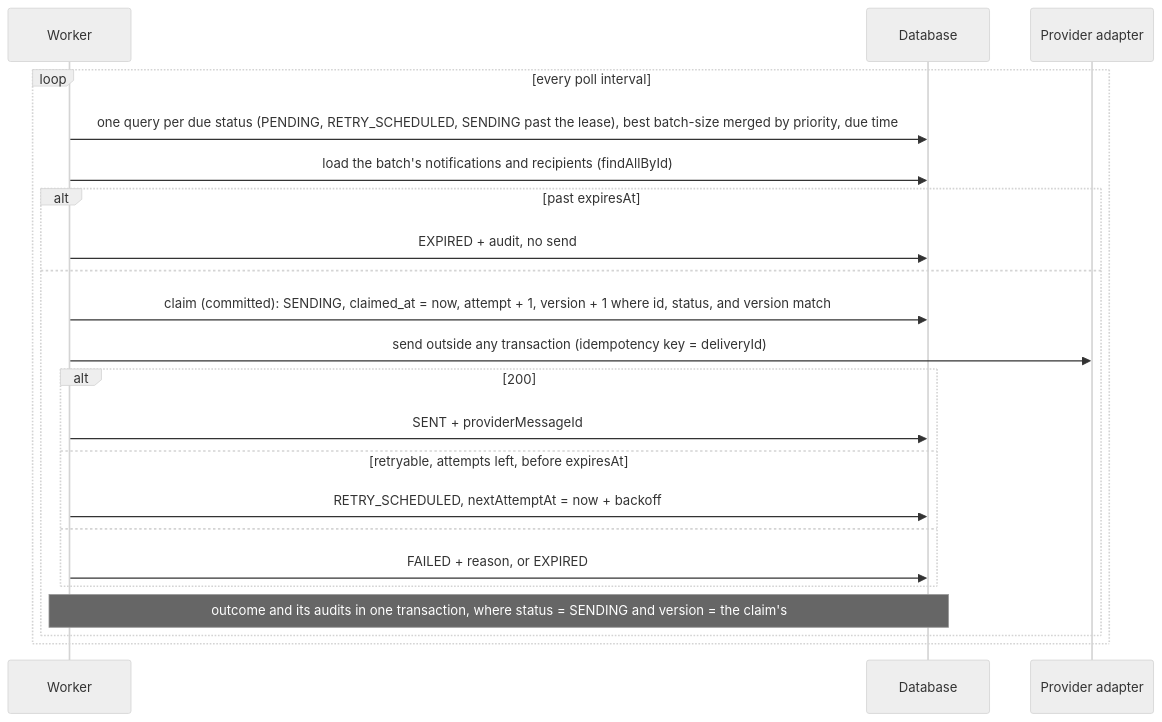
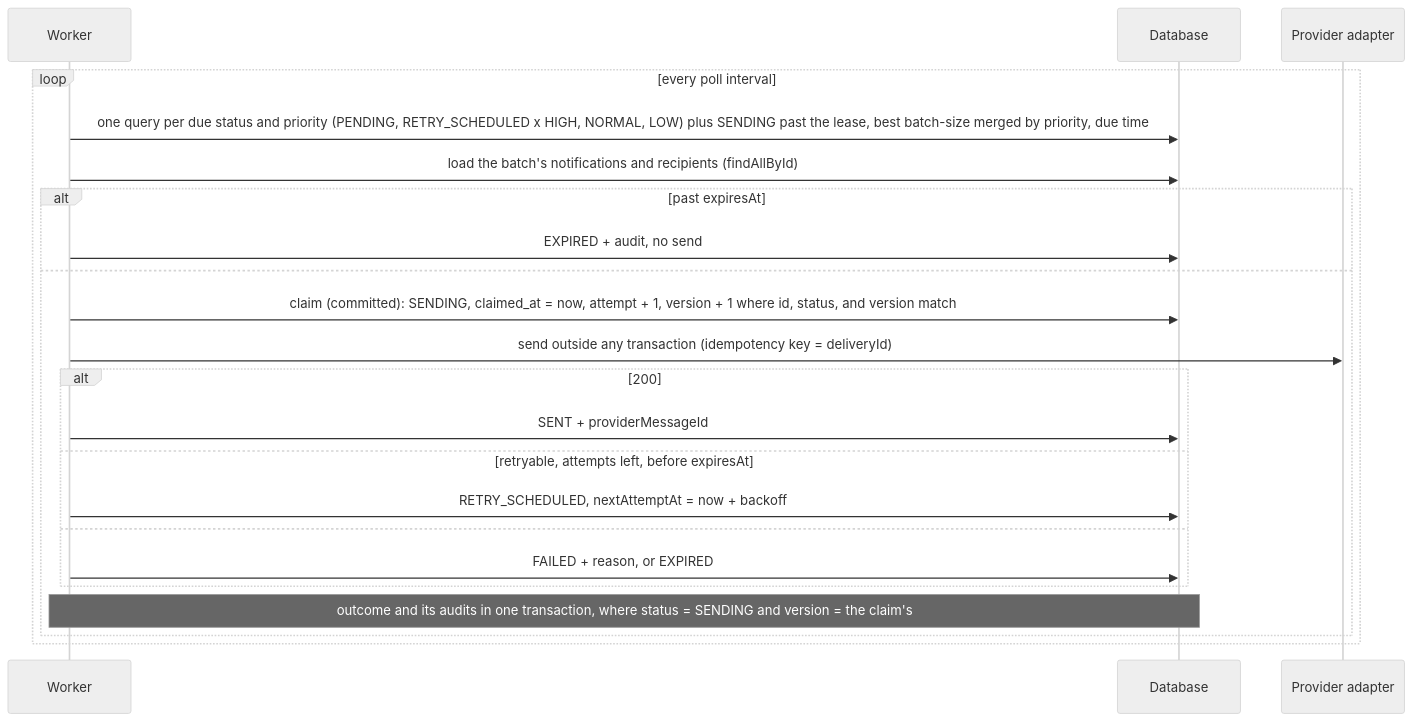
Before and after one commit to radwara/nms: the fifth of 6 diagrams in docs/architecture.md, drawn with Mermaid (neutral theme). The commit also changed other lines of this file, not shown here.

Commit message:
docs: per-priority poll and backlog drain (#10)

````diff
--- a/docs/architecture.md
+++ b/docs/architecture.md
@@ -439,24 +439,24 @@
 ```mermaid
 sequenceDiagram
     participant W as Worker
     participant D as Database
     participant P as Provider adapter
     loop every poll interval
-        W->>D: one query per due status (PENDING, RETRY_SCHEDULED, SENDING past the lease), best batch-size merged by priority, due time
+        W->>D: one query per due status and priority (PENDING, RETRY_SCHEDULED x HIGH, NORMAL, LOW) plus SENDING past the lease, best batch-size merged by priority, due time
         W->>D: load the batch's notifications and recipients (findAllById)
         alt past expiresAt
             W->>D: EXPIRED + audit, no send
         else
             W->>D: claim (committed): SENDING, claimed_at = now, attempt + 1, version + 1 where id, status, and version match
             W->>P: send outside any transaction (idempotency key = deliveryId)
             alt 200
                 W->>D: SENT + providerMessageId
             else retryable, attempts left, before expiresAt
                 W->>D: RETRY_SCHEDULED, nextAttemptAt = now + backoff
             else
                 W->>D: FAILED + reason, or EXPIRED
             end
             Note over W,D: outcome and its audits in one transaction, where status = SENDING and version = the claim's
         end
     end
 ```
````
